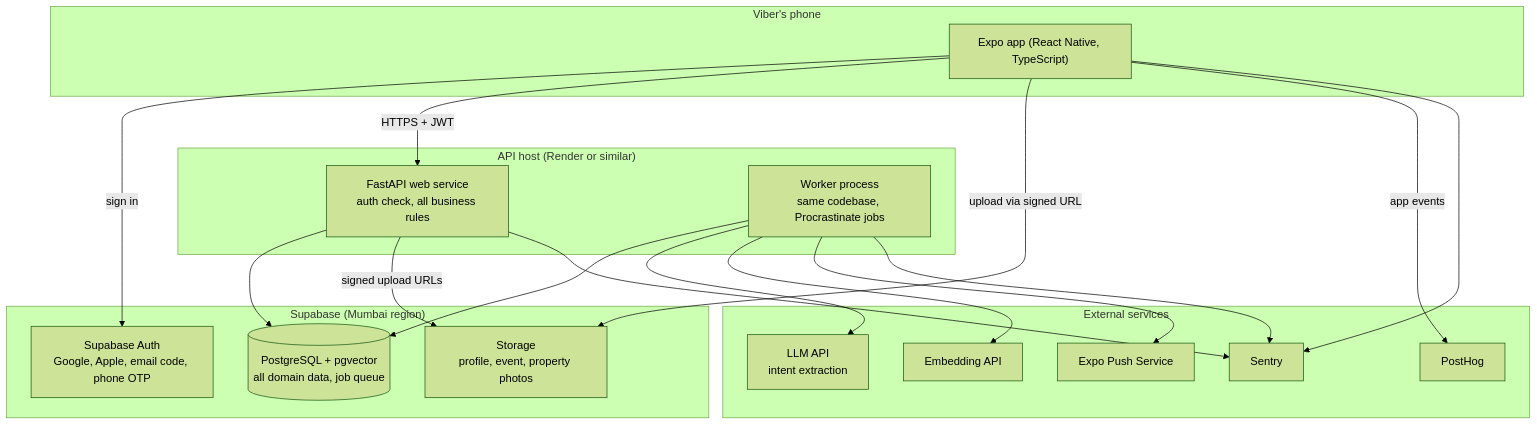
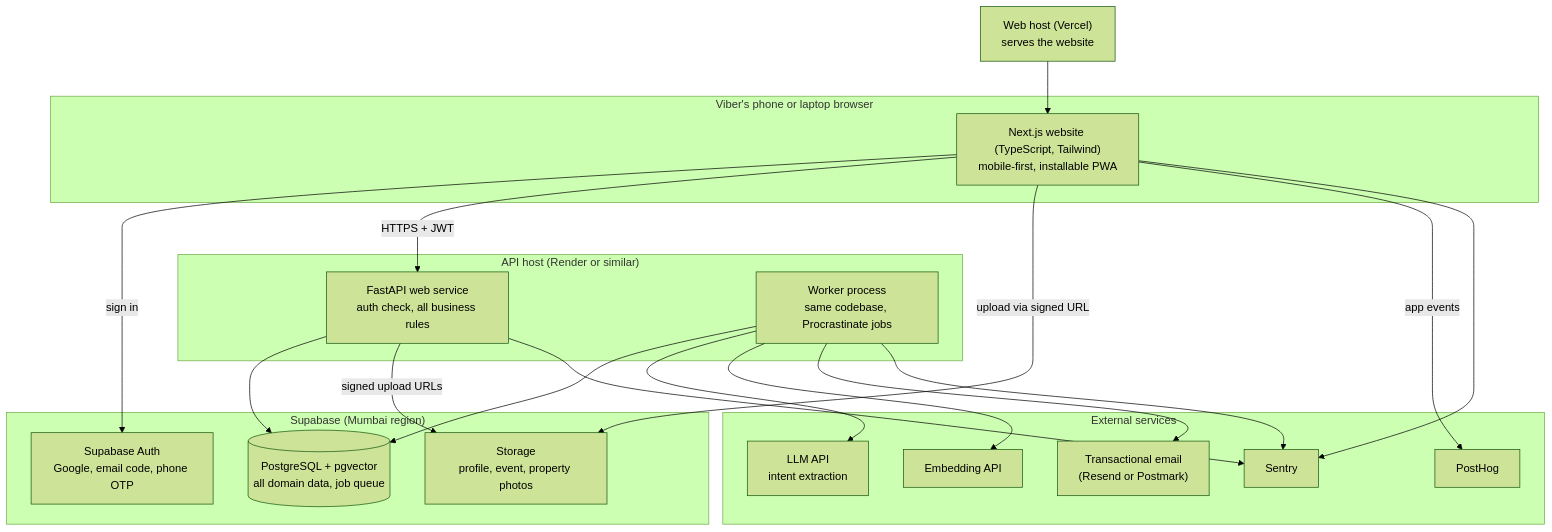
Before and after one commit to Vanshika-mahajan/VIBERSCLUB: the first of 3 diagrams in docs/SYSTEM_ARCHITECTURE.md, drawn with Mermaid (forest theme). The commit also changed other lines of this file and 18 other files, not shown here.

First line of the commit message:
Docs: switch to a mobile-first website first (ADR-0020)

````diff
--- a/docs/SYSTEM_ARCHITECTURE.md
+++ b/docs/SYSTEM_ARCHITECTURE.md
@@ -53,39 +52,41 @@
 ```mermaid
 flowchart TB
-    subgraph Phone["Viber's phone"]
-        App["Expo app (React Native, TypeScript)"]
+    subgraph Browser["Viber's phone or laptop browser"]
+        App["Next.js website (TypeScript, Tailwind)<br/>mobile-first, installable PWA"]
     end
 
+    WebHost["Web host (Vercel)<br/>serves the website"] --> App
+
     subgraph Supabase["Supabase (Mumbai region)"]
-        Auth["Supabase Auth<br/>Google, Apple, email code, phone OTP"]
+        Auth["Supabase Auth<br/>Google, email code, phone OTP"]
         DB[("PostgreSQL + pgvector<br/>all domain data, job queue")]
         Storage["Storage<br/>profile, event, property photos"]
     end
 
     subgraph Host["API host (Render or similar)"]
         API["FastAPI web service<br/>auth check, all business rules"]
         Worker["Worker process<br/>same codebase, Procrastinate jobs"]
     end
 
     subgraph External["External services"]
         LLM["LLM API<br/>intent extraction"]
         Emb["Embedding API"]
-        Push["Expo Push Service"]
+        Email["Transactional email<br/>(Resend or Postmark)"]
         Sentry["Sentry"]
         PostHog["PostHog"]
     end
 
     App -- "sign in" --> Auth
     App -- "HTTPS + JWT" --> API
     App -- "upload via signed URL" --> Storage
     App -- "app events" --> PostHog
     API --> DB
     API -- "signed upload URLs" --> Storage
     Worker --> DB
     Worker --> LLM
     Worker --> Emb
-    Worker --> Push
+    Worker --> Email
     API --> Sentry
     Worker --> Sentry
     App --> Sentry
 ```
````
